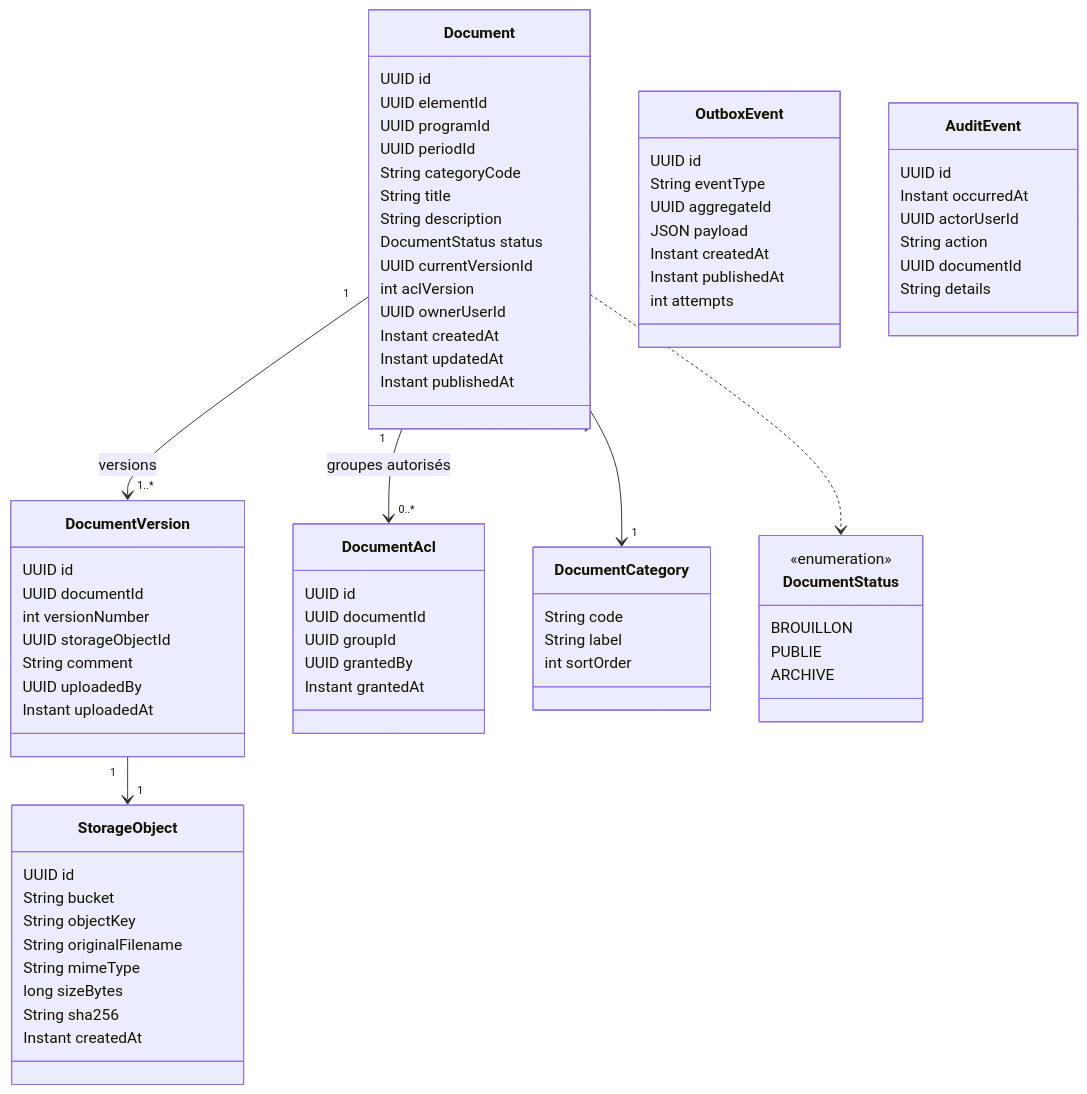
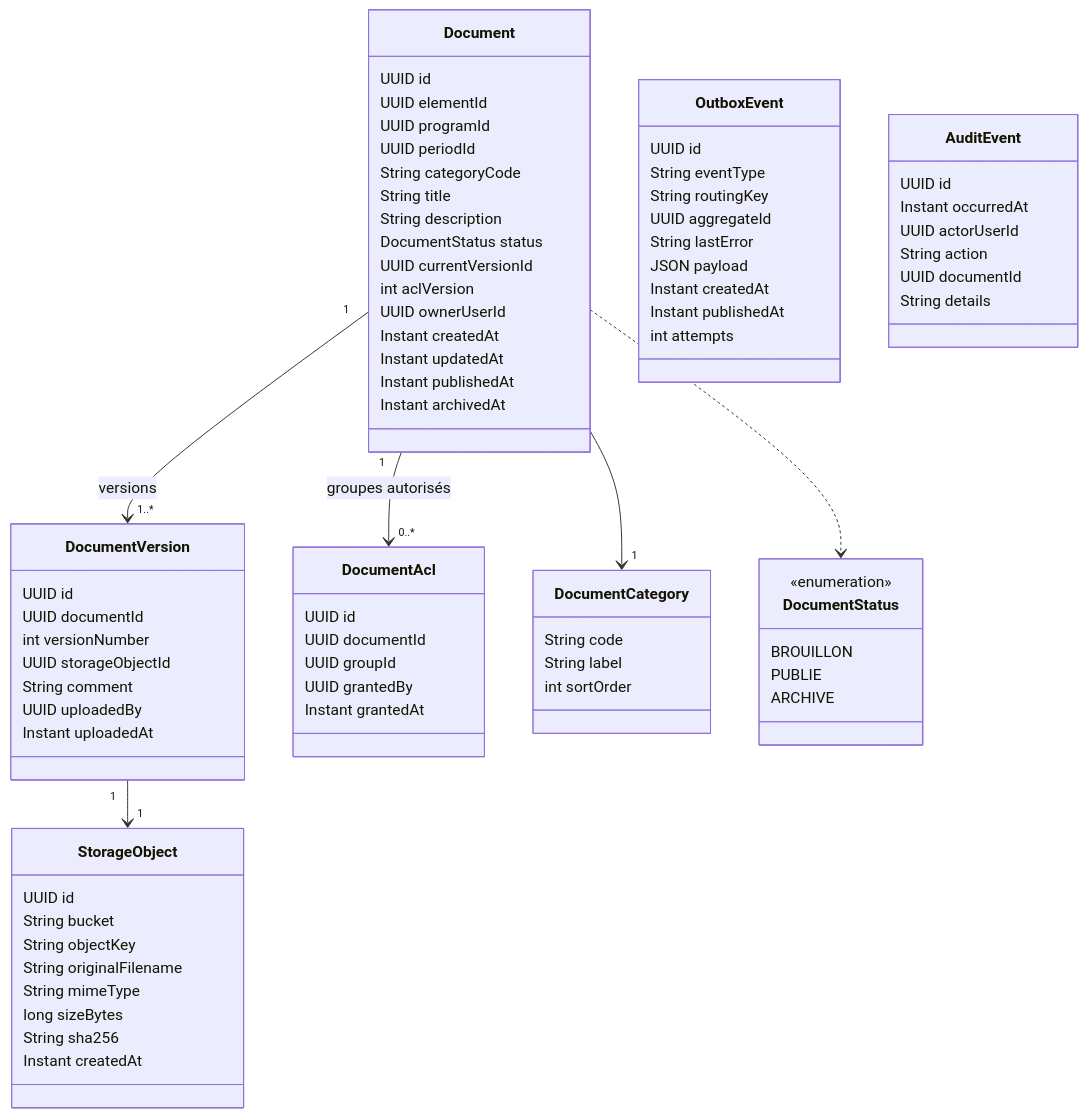
One commit to soumiaaaen/PFA_3A changed the third of 5 diagrams in contracts/content/CONCEPTION.md. Above: the diagram before and after it, drawn with Mermaid. The commit also changed other lines of this file and 19 other files, not shown here.

Commit message:
feat(content): schema de la base (documents, versions, ACL, outbox, audit)

````diff
--- a/contracts/content/CONCEPTION.md
+++ b/contracts/content/CONCEPTION.md
@@ -125,79 +126,82 @@
 ```mermaid
 classDiagram
     class Document {
         UUID id
         UUID elementId
         UUID programId
         UUID periodId
         String categoryCode
         String title
         String description
         DocumentStatus status
         UUID currentVersionId
         int aclVersion
         UUID ownerUserId
         Instant createdAt
         Instant updatedAt
         Instant publishedAt
+        Instant archivedAt
     }
     class DocumentVersion {
         UUID id
         UUID documentId
         int versionNumber
         UUID storageObjectId
         String comment
         UUID uploadedBy
         Instant uploadedAt
     }
     class StorageObject {
         UUID id
         String bucket
         String objectKey
         String originalFilename
         String mimeType
         long sizeBytes
         String sha256
         Instant createdAt
     }
     class DocumentAcl {
         UUID id
         UUID documentId
         UUID groupId
         UUID grantedBy
         Instant grantedAt
     }
     class DocumentCategory {
         String code
         String label
         int sortOrder
     }
     class OutboxEvent {
         UUID id
         String eventType
+        String routingKey
         UUID aggregateId
+        String lastError
         JSON payload
         Instant createdAt
         Instant publishedAt
         int attempts
     }
     class AuditEvent {
         UUID id
         Instant occurredAt
         UUID actorUserId
         String action
         UUID documentId
         String details
     }
     class DocumentStatus {
         <<enumeration>>
         BROUILLON
         PUBLIE
         ARCHIVE
     }
 
     Document "1" --> "1..*" DocumentVersion : versions
     Document "1" --> "0..*" DocumentAcl : groupes autorisés
     Document "*" --> "1" DocumentCategory
     DocumentVersion "1" --> "1" StorageObject
     Document ..> DocumentStatus
 ```
````
